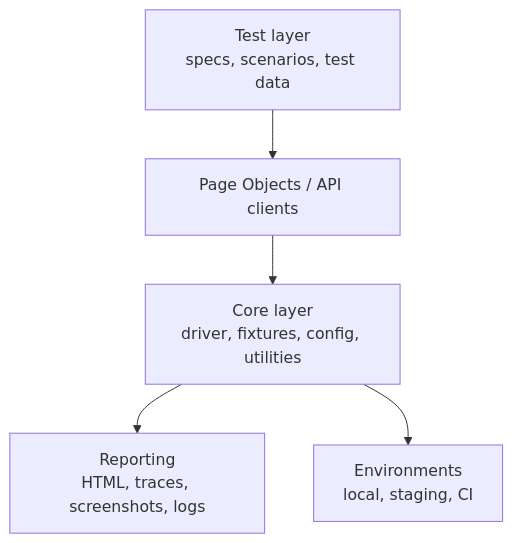
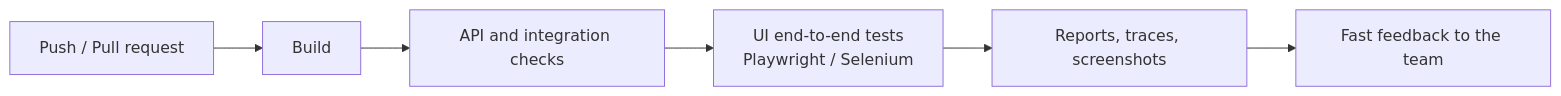
One commit to richasharma-testcraft/richasharma-testcraft changed the diagram in README.md. Above: the diagram before and after it, drawn with Mermaid. The commit also changed other lines of this file, not shown here.

````diff
--- a/README.md
+++ b/README.md
@@ -70,7 +31,8 @@
 ```mermaid
-flowchart TB
-    T["Test layer<br/>specs, scenarios, test data"] --> P["Page Objects / API clients"]
-    P --> C["Core layer<br/>driver, fixtures, config, utilities"]
-    C --> R["Reporting<br/>HTML, traces, screenshots, logs"]
-    C --> E["Environments<br/>local, staging, CI"]
+flowchart LR
+    A["Push / Pull request"] --> B["Build"]
+    B --> C["API and integration checks"]
+    C --> D["UI end-to-end tests<br/>Playwright / Selenium"]
+    D --> E["Reports, traces, screenshots"]
+    E --> F["Fast feedback to the team"]
 ```
````
